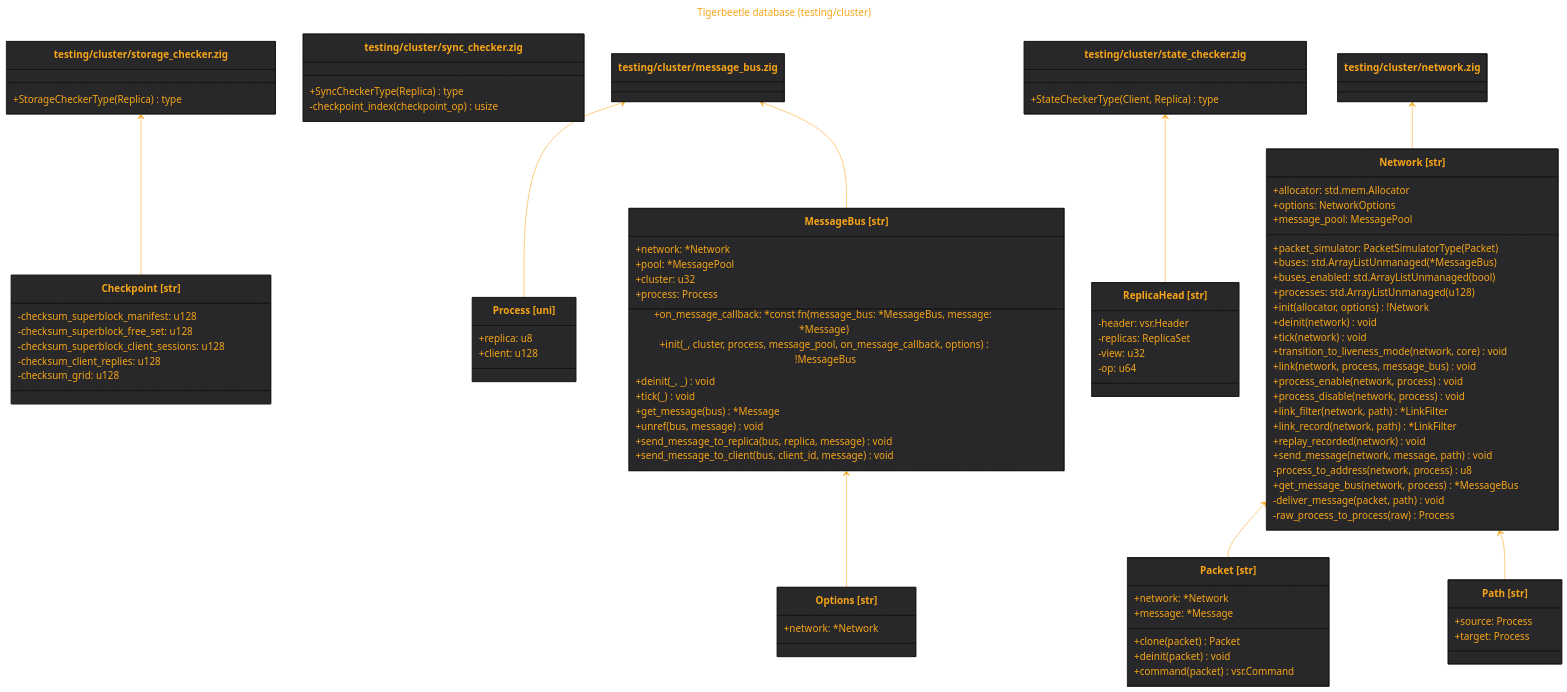
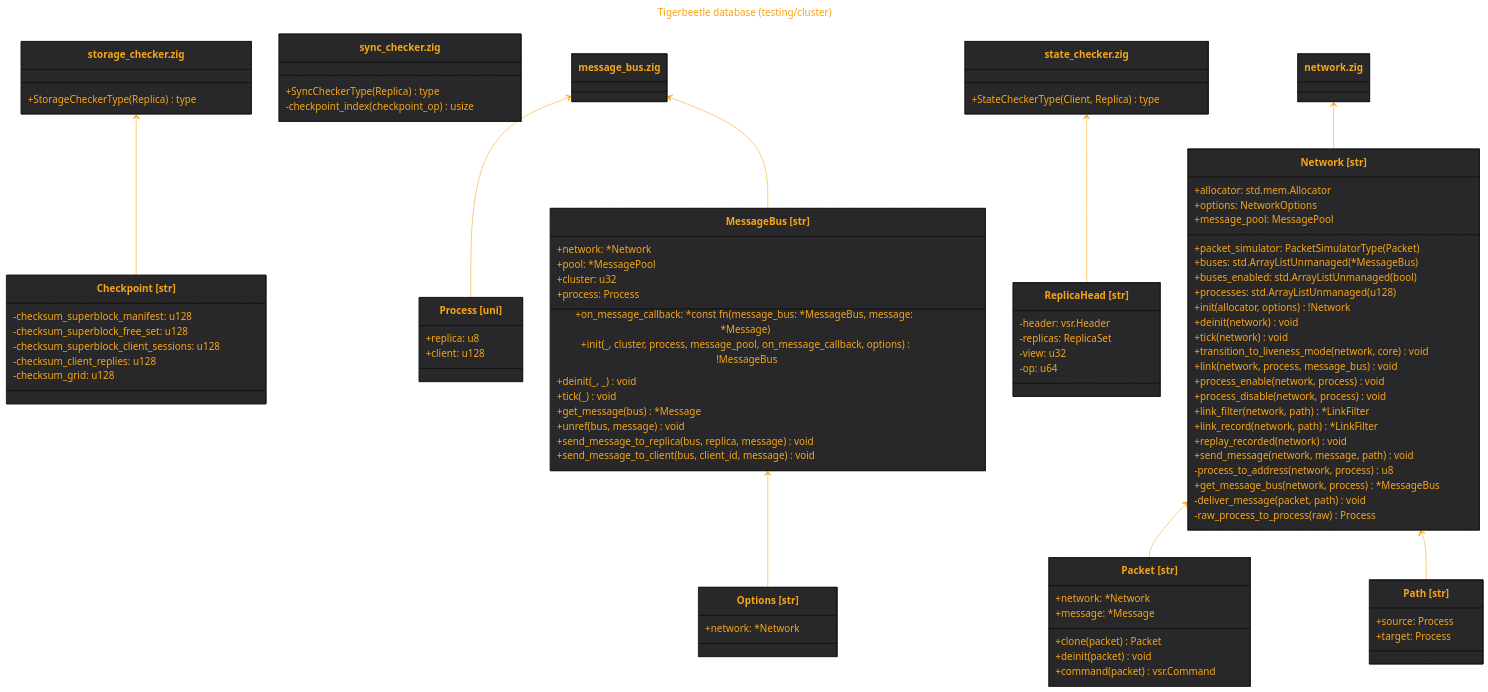
Before and after one commit to tensorush/meduza: the diagram in out/src.testing.cluster.md, drawn with Mermaid. The commit also changed 21 other files, not shown here.

````diff
--- a/out/src.testing.cluster.md
+++ b/out/src.testing.cluster.md
@@ -23,16 +23,16 @@
     -checksum_grid: u128
 }
 link Checkpoint "https://github.com/tigerbeetle/tigerbeetle/blob/main/src/testing/cluster/storage_checker.zig#L47"
-class `testing/cluster/storage_checker.zig` {
+class `storage_checker.zig` {
     +StorageCheckerType(Replica) type
 }
-`testing/cluster/storage_checker.zig` <-- Checkpoint
-link `testing/cluster/storage_checker.zig` "https://github.com/tigerbeetle/tigerbeetle/blob/main/src/testing/cluster/storage_checker.zig"
-class `testing/cluster/sync_checker.zig` {
+`storage_checker.zig` <-- Checkpoint
+link `storage_checker.zig` "https://github.com/tigerbeetle/tigerbeetle/blob/main/src/testing/cluster/storage_checker.zig"
+class `sync_checker.zig` {
     +SyncCheckerType(Replica) type
     -checkpoint_index(checkpoint_op) usize
 }
-link `testing/cluster/sync_checker.zig` "https://github.com/tigerbeetle/tigerbeetle/blob/main/src/testing/cluster/sync_checker.zig"
+link `sync_checker.zig` "https://github.com/tigerbeetle/tigerbeetle/blob/main/src/testing/cluster/sync_checker.zig"
 class Process["Process [uni]"] {
     +replica: u8
     +client: u128
@@ -58,10 +58,10 @@
 }
 MessageBus <-- Options
 link MessageBus "https://github.com/tigerbeetle/tigerbeetle/blob/main/src/testing/cluster/message_bus.zig#L18"
-class `testing/cluster/message_bus.zig`
-`testing/cluster/message_bus.zig` <-- Process
-`testing/cluster/message_bus.zig` <-- MessageBus
-link `testing/cluster/message_bus.zig` "https://github.com/tigerbeetle/tigerbeetle/blob/main/src/testing/cluster/message_bus.zig"
+class `message_bus.zig`
+`message_bus.zig` <-- Process
+`message_bus.zig` <-- MessageBus
+link `message_bus.zig` "https://github.com/tigerbeetle/tigerbeetle/blob/main/src/testing/cluster/message_bus.zig"
 class ReplicaHead["ReplicaHead [str]"] {
     -header: vsr.Header
     -replicas: ReplicaSet
@@ -69,11 +69,11 @@
     -op: u64
 }
 link ReplicaHead "https://github.com/tigerbeetle/tigerbeetle/blob/main/src/testing/cluster/state_checker.zig#L18"
-class `testing/cluster/state_checker.zig` {
+class `state_checker.zig` {
     +StateCheckerType(Client, Replica) type
 }
-`testing/cluster/state_checker.zig` <-- ReplicaHead
-link `testing/cluster/state_checker.zig` "https://github.com/tigerbeetle/tigerbeetle/blob/main/src/testing/cluster/state_checker.zig"
+`state_checker.zig` <-- ReplicaHead
+link `state_checker.zig` "https://github.com/tigerbeetle/tigerbeetle/blob/main/src/testing/cluster/state_checker.zig"
 class Packet["Packet [str]"] {
     +network: *Network
     +message: *Message
@@ -114,7 +114,7 @@
 Network <-- Packet
 Network <-- Path
 link Network "https://github.com/tigerbeetle/tigerbeetle/blob/main/src/testing/cluster/network.zig#L25"
-class `testing/cluster/network.zig`
-`testing/cluster/network.zig` <-- Network
-link `testing/cluster/network.zig` "https://github.com/tigerbeetle/tigerbeetle/blob/main/src/testing/cluster/network.zig"
+class `network.zig`
+`network.zig` <-- Network
+link `network.zig` "https://github.com/tigerbeetle/tigerbeetle/blob/main/src/testing/cluster/network.zig"
 ```
````
